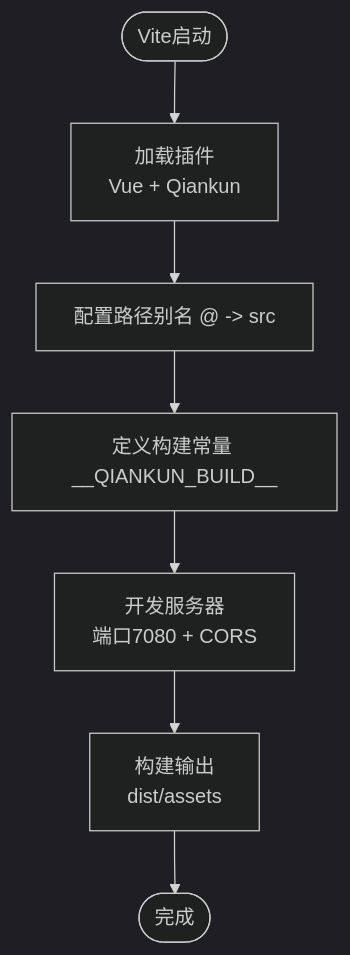
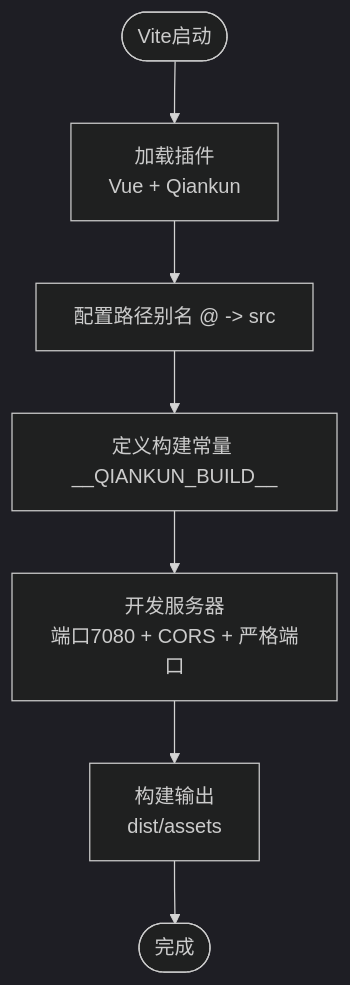
The third of 10 diagrams in .qoder/repowiki/zh/content/应用开发/Vue3子应用开发.md (my-Sitara/artisan-base-frontend), drawn with Mermaid (dark theme) before and after one commit. The commit also changed other lines of this file and 35 other files, not shown here.

````diff
--- a/.qoder/repowiki/zh/content/应用开发/Vue3子应用开发.md
+++ b/.qoder/repowiki/zh/content/应用开发/Vue3子应用开发.md
@@ -118,9 +161,9 @@
 ```mermaid
 flowchart TD
 Start(["Vite启动"]) --> Plugins["加载插件<br/>Vue + Qiankun"]
 Plugins --> Alias["配置路径别名 @ -> src"]
 Alias --> DefineConst["定义构建常量 __QIANKUN_BUILD__"]
-DefineConst --> DevServer["开发服务器<br/>端口7080 + CORS"]
+DefineConst --> DevServer["开发服务器<br/>端口7080 + CORS + 严格端口"]
 DevServer --> BuildOut["构建输出<br/>dist/assets"]
 BuildOut --> End(["完成"])
 ```
````
